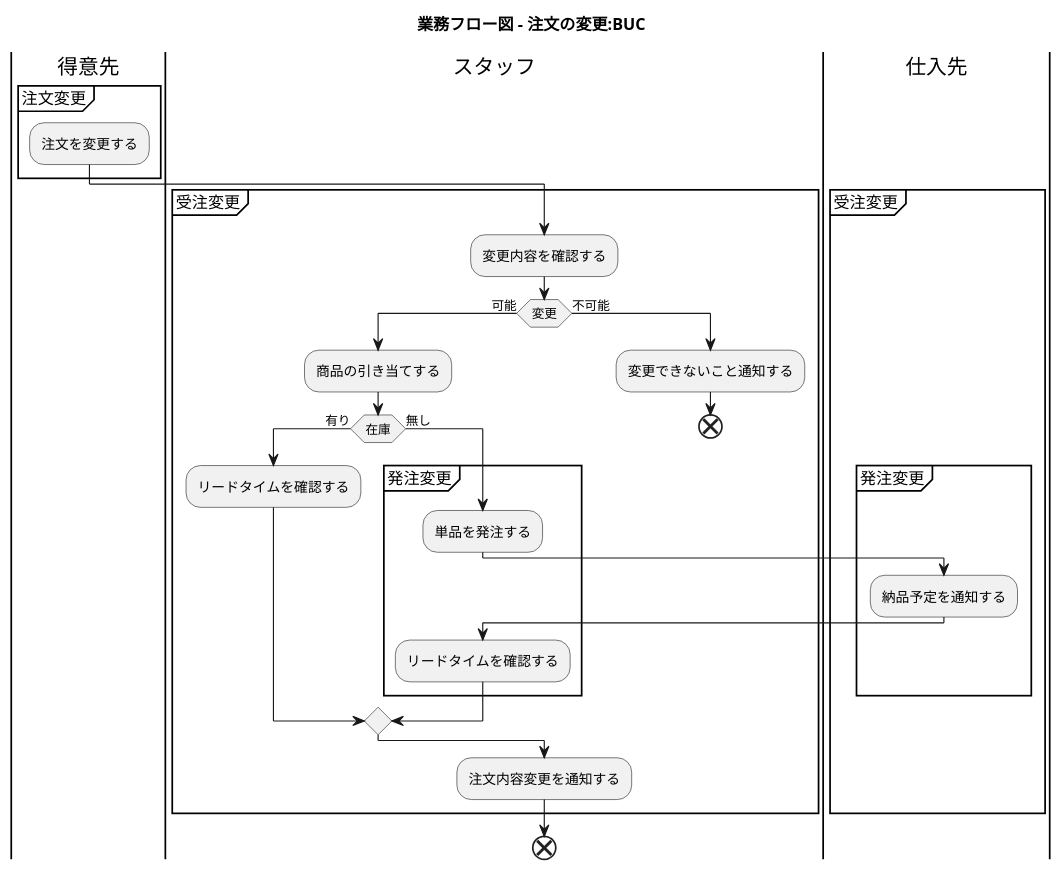
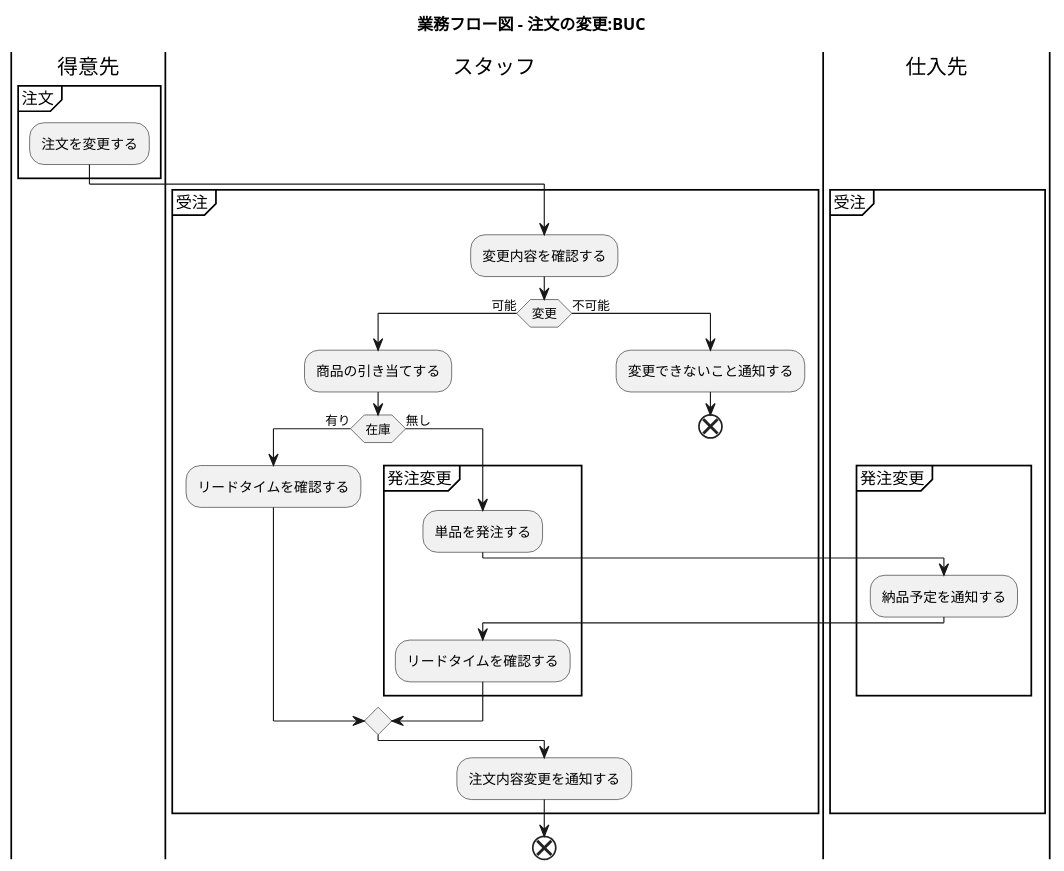
Before and after one commit to k2works/application_programing_excercise_2022: the tenth of 49 diagrams in docs/index.adoc, drawn with PlantUML. The commit also changed other lines of this file, not shown here.

```diff
--- a/docs/index.adoc
+++ b/docs/index.adoc
@@ -385,37 +387,37 @@
 [plantuml]
 ----
 @startuml
 
 title 業務フロー図 - 注文の変更:BUC
 
 |得意先|
-partition 注文変更 {
+partition 注文 {
 :注文を変更する;
 }
-partition 受注変更 {
+partition 受注 {
     |スタッフ|
     :変更内容を確認する;
     if (変更) then (可能)
      |スタッフ|
      :商品の引き当てする;
      if (在庫) then (有り)
       :リードタイムを確認する;
      else (無し)
       partition 発注変更 {
           :単品を発注する;
           |仕入先|
           :納品予定を通知する;
           |スタッフ|
           :リードタイムを確認する;
       }
      endif
     else (不可能)
      :変更できないこと通知する;
      end
     endif
     :注文内容変更を通知する;
 }
 end
 
 @enduml
 ----
```
